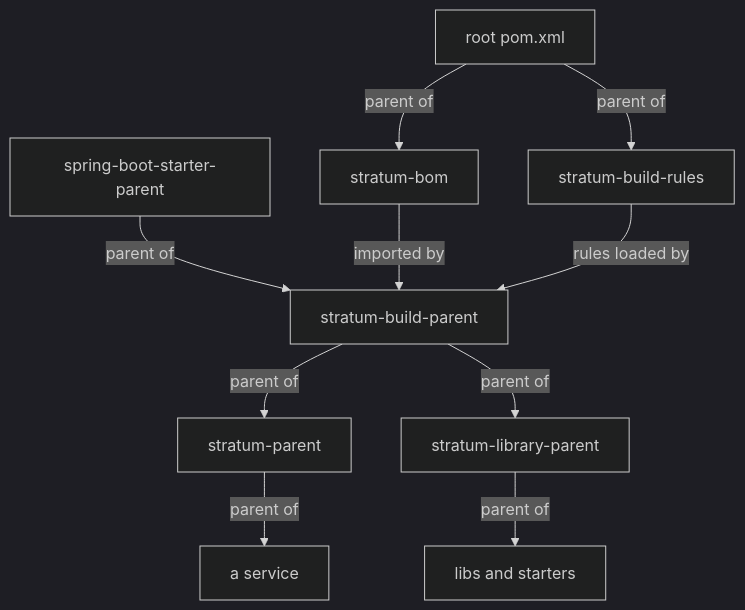
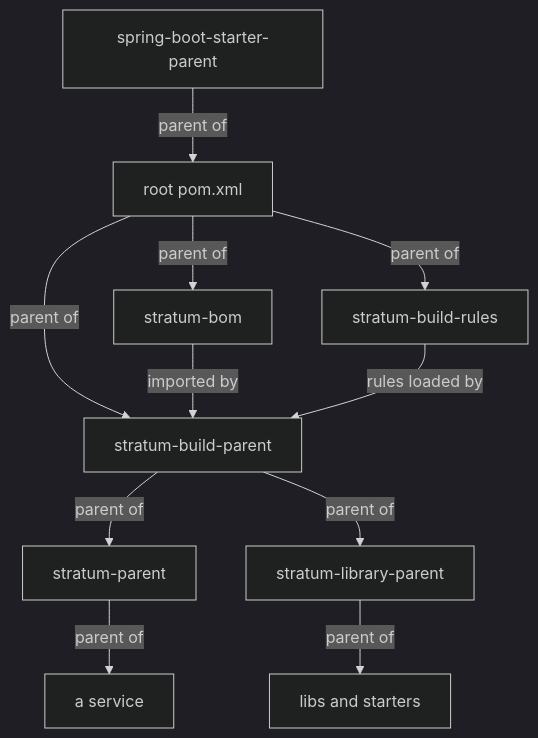
One commit to exepex/stratum changed the first of 2 diagrams in docs/guides/architecture.md. Above: the diagram before and after it, drawn with Mermaid (dark theme). The commit also changed other lines of this file and 12 other files, not shown here.

First line of the commit message:
Set every version Stratum chooses in the root POM

````diff
--- a/docs/guides/architecture.md
+++ b/docs/guides/architecture.md
@@ -84,12 +81,13 @@
 ```mermaid
 flowchart TD
-    SB[spring-boot-starter-parent] -->|parent of| BP[stratum-build-parent]
+    SB[spring-boot-starter-parent] -->|parent of| ROOT[root pom.xml]
+    ROOT -->|parent of| BP[stratum-build-parent]
     BOM[stratum-bom] -->|imported by| BP
     BR[stratum-build-rules] -->|rules loaded by| BP
     BP -->|parent of| SP[stratum-parent]
     BP -->|parent of| LP[stratum-library-parent]
     LP -->|parent of| LIBS[libs and starters]
     SP -->|parent of| SVC[a service]
-    ROOT[root pom.xml] -->|parent of| BOM
+    ROOT -->|parent of| BOM
     ROOT -->|parent of| BR
 ```
````
